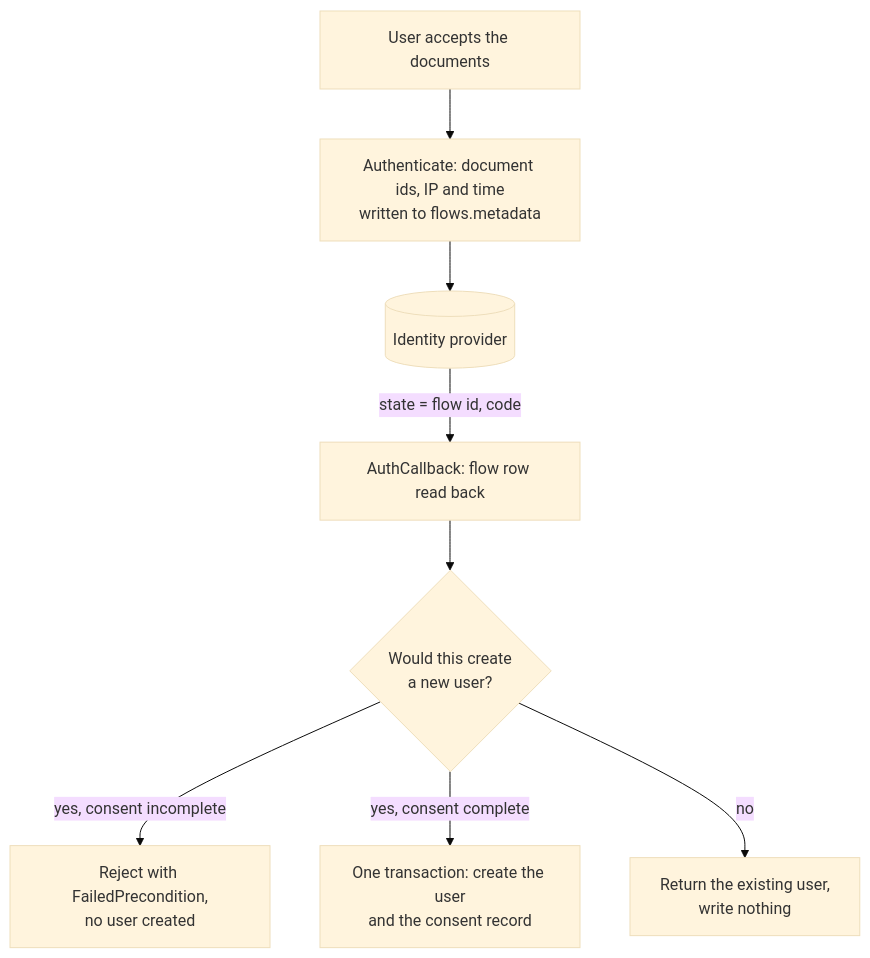
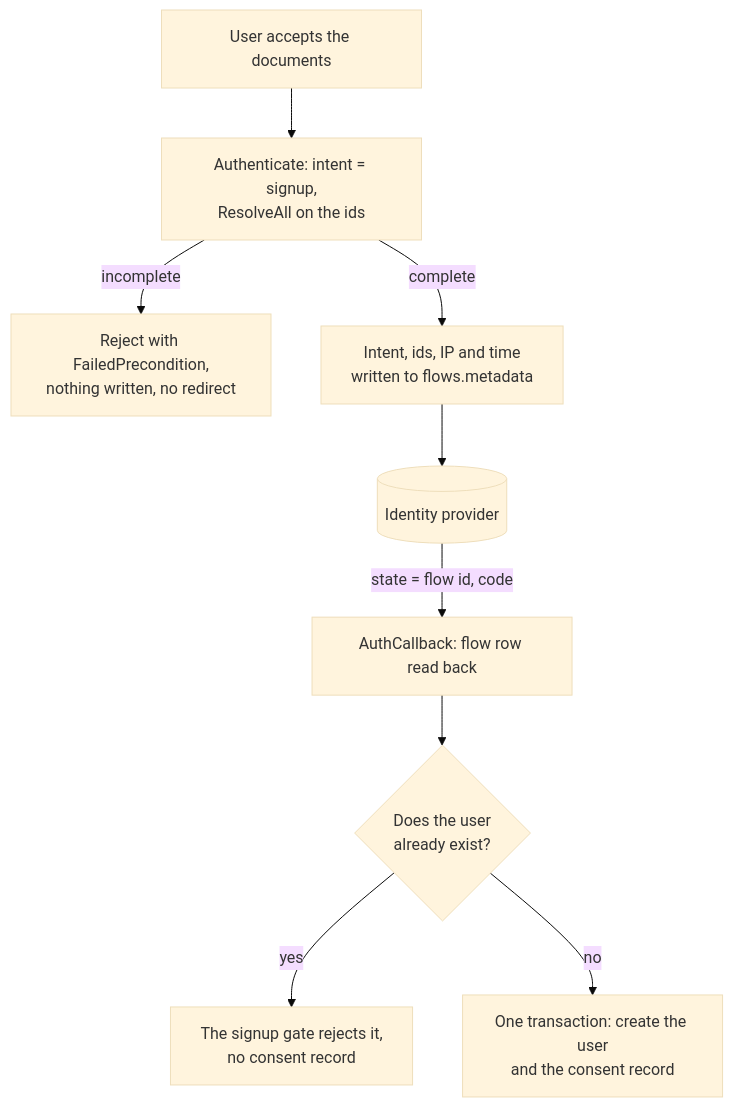
One commit to raystack/frontier changed the diagram in docs/rfcs/0002-explicit-consent-at-signup.md. Above: the diagram before and after it, drawn with Mermaid (base theme). The commit also changed other lines of this file, not shown here.

Commit message:
feat: explicit consent rfc

````diff
--- a/docs/rfcs/0002-explicit-consent-at-signup.md
+++ b/docs/rfcs/0002-explicit-consent-at-signup.md
@@ -138,18 +172,20 @@
 ```mermaid
 flowchart TD
     accept["User accepts the documents"]
-    auth["Authenticate: document ids, IP and time<br/>written to flows.metadata"]
+    auth["Authenticate: intent = signup,<br/>ResolveAll on the ids"]
+    early["Reject with FailedPrecondition,<br/>nothing written, no redirect"]
+    store["Intent, ids, IP and time<br/>written to flows.metadata"]
     idp[("Identity provider")]
     cb["AuthCallback: flow row read back"]
-    q{"Would this create<br/>a new user?"}
-    reject["Reject with FailedPrecondition,<br/>no user created"]
+    q{"Does the user<br/>already exist?"}
+    exists["The signup gate rejects it,<br/>no consent record"]
     create["One transaction: create the user<br/>and the consent record"]
-    login["Return the existing user,<br/>write nothing"]
 
-    accept --> auth --> idp
+    accept --> auth
+    auth -->|"incomplete"| early
+    auth -->|"complete"| store --> idp
     idp -->|"state = flow id, code"| cb
     cb --> q
-    q -->|"yes, consent incomplete"| reject
-    q -->|"yes, consent complete"| create
-    q -->|"no"| login
+    q -->|"yes"| exists
+    q -->|"no"| create
 ```
````
